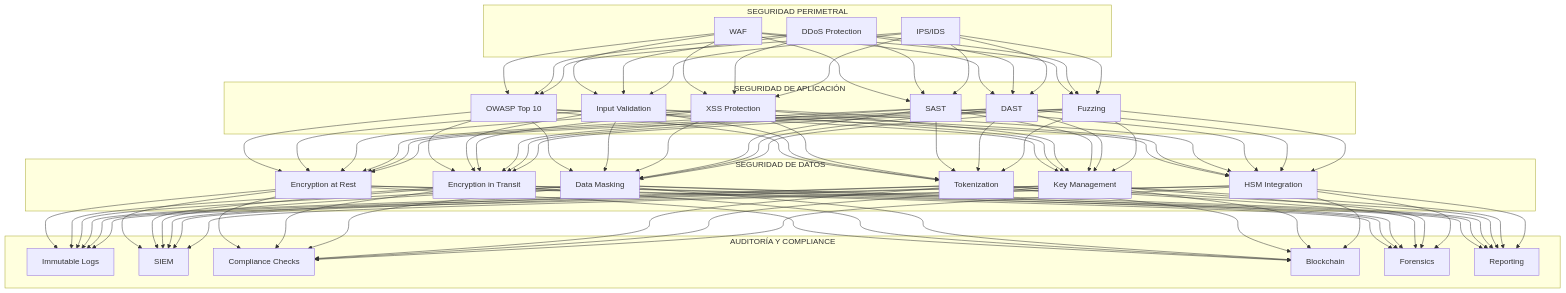
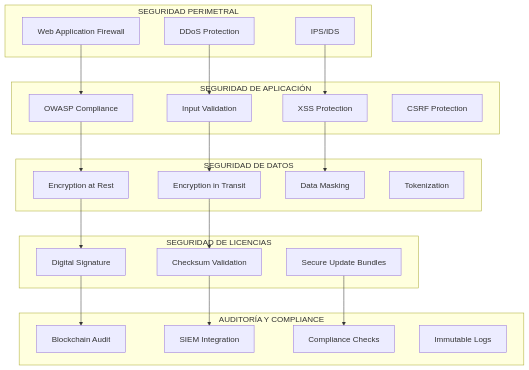
The eighth of 16 diagrams in lazarus-ded_v2.1.md (alonsoarias/lazarus), drawn with Mermaid before and after one commit. The commit also changed other lines of this file, not shown here.

````diff
--- a/lazarus-ded_v2.1.md
+++ b/lazarus-ded_v2.1.md
@@ -2286,39 +2547,50 @@
 ```mermaid
-graph TD
+graph TB
     subgraph "SEGURIDAD PERIMETRAL"
-        SP1[WAF]
-        SP2[DDoS Protection]
-        SP3[IPS/IDS]
+        WAF[Web Application Firewall]
+        DDOS[DDoS Protection]
+        IPS[IPS/IDS]
     end
     
     subgraph "SEGURIDAD DE APLICACIÓN"
-        SA1[OWASP Top 10]
-        SA2[Input Validation]
-        SA3[XSS Protection]
-        SA4[SAST]
-        SA5[DAST]
-        SA6[Fuzzing]
+        OWASP[OWASP Compliance]
+        INPUT[Input Validation]
+        XSS[XSS Protection]
+        CSRF[CSRF Protection]
     end
     
     subgraph "SEGURIDAD DE DATOS"
-        SD1[Encryption at Rest]
-        SD2[Encryption in Transit]
-        SD3[Data Masking]
-        SD4[Tokenization]
-        SD5[Key Management]
-        SD6[HSM Integration]
+        ENCRYPT_REST[Encryption at Rest]
+        ENCRYPT_TRANSIT[Encryption in Transit]
+        MASK[Data Masking]
+        TOKEN[Tokenization]
+    end
+    
+    subgraph "SEGURIDAD DE LICENCIAS"
+        SIGN[Digital Signature]
+        CHECKSUM[Checksum Validation]
+        BUNDLE[Secure Update Bundles]
     end
     
     subgraph "AUDITORÍA Y COMPLIANCE"
-        AC1[Immutable Logs]
-        AC2[SIEM]
-        AC3[Compliance Checks]
-        AC4[Blockchain]
-        AC5[Forensics]
-        AC6[Reporting]
+        BLOCKCHAIN[Blockchain Audit]
+        SIEM[SIEM Integration]
+        COMPLIANCE[Compliance Checks]
+        IMMUTABLE[Immutable Logs]
     end
     
-    SP1 & SP2 & SP3 --> SA1 & SA2 & SA3 & SA4 & SA5 & SA6
-    SA1 & SA2 & SA3 & SA4 & SA5 & SA6 --> SD1 & SD2 & SD3 & SD4 & SD5 & SD6
-    SD1 & SD2 & SD3 & SD4 & SD5 & SD6 --> AC1 & AC2 & AC3 & AC4 & AC5 & AC6
+    WAF --> OWASP
+    DDOS --> INPUT
+    IPS --> XSS
+    
+    OWASP --> ENCRYPT_REST
+    INPUT --> ENCRYPT_TRANSIT
+    XSS --> MASK
+    
+    ENCRYPT_REST --> SIGN
+    ENCRYPT_TRANSIT --> CHECKSUM
+    
+    SIGN --> BLOCKCHAIN
+    CHECKSUM --> SIEM
+    BUNDLE --> COMPLIANCE
 ```
````
